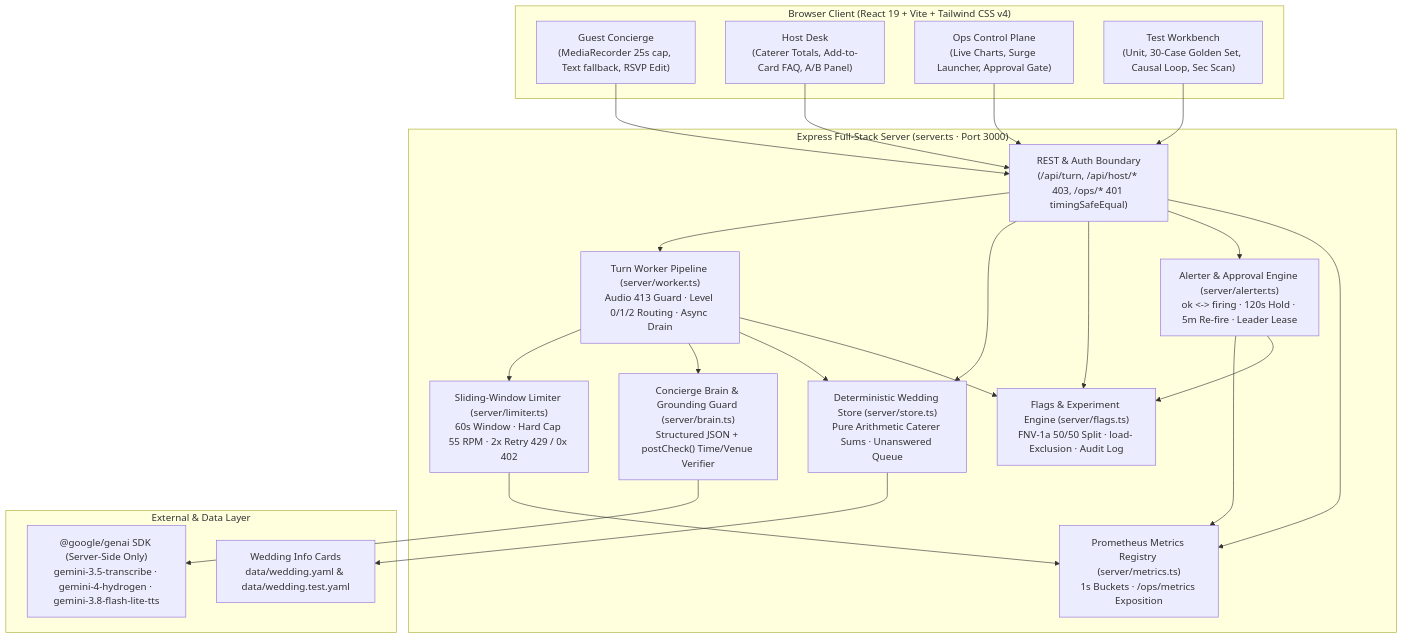
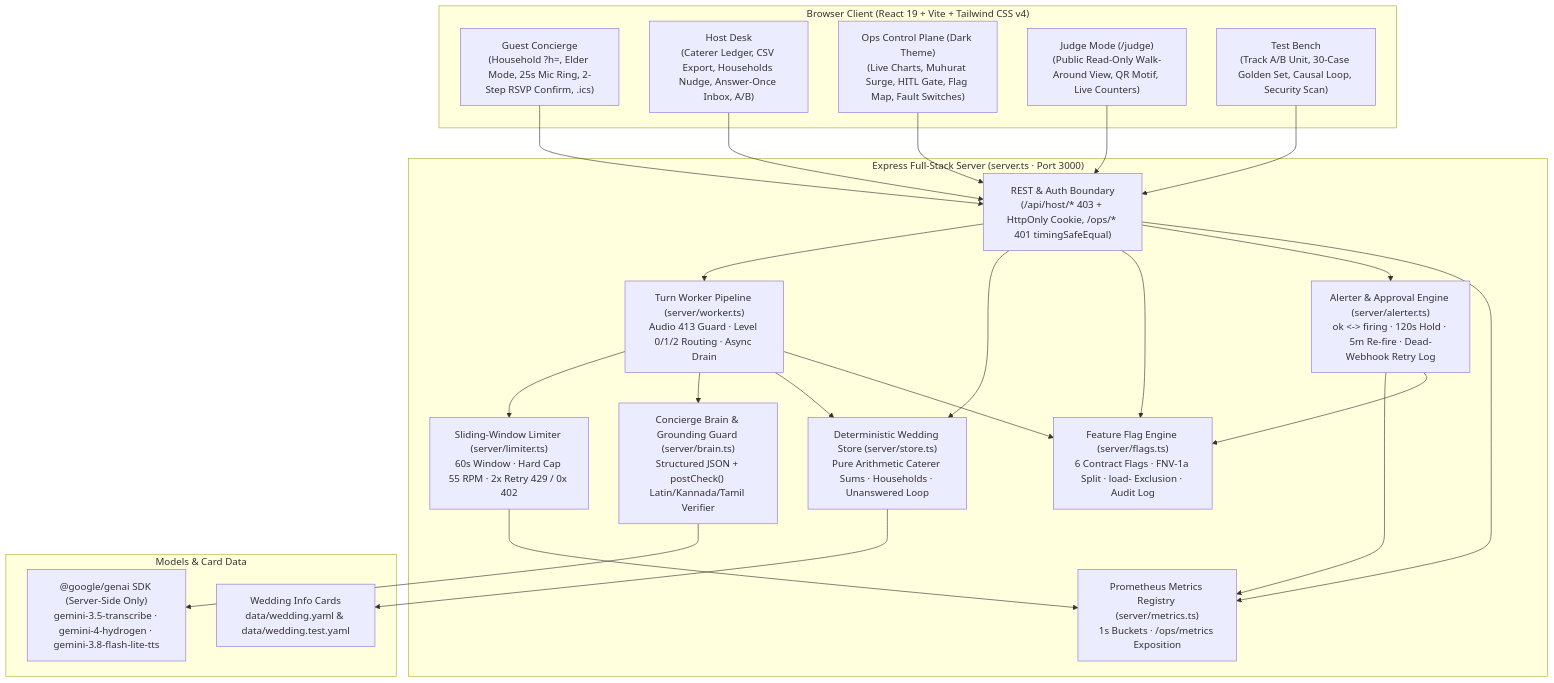
The first of 3 diagrams in README.md (Nagaraj1399/HaanJi), drawn with Mermaid before and after one commit. The commit also changed other lines of this file and 22 other files, not shown here.

First line of the commit message:
feat: add judge mode and localize app environment

````diff
--- a/README.md
+++ b/README.md
@@ -34,42 +36,34 @@
 ```mermaid
 flowchart TB
     subgraph Browser["Browser Client (React 19 + Vite + Tailwind CSS v4)"]
-        GC["Guest Concierge<br/>(MediaRecorder 25s cap, Text fallback, RSVP Edit)"]
-        HD["Host Desk<br/>(Caterer Totals, Add-to-Card FAQ, A/B Panel)"]
-        OC["Ops Control Plane<br/>(Live Charts, Surge Launcher, Approval Gate)"]
-        TW["Test Workbench<br/>(Unit, 30-Case Golden Set, Causal Loop, Sec Scan)"]
+        GC["Guest Concierge<br/>(Household ?h=, Elder Mode, 25s Mic Ring, 2-Step RSVP Confirm, .ics)"]
+        HD["Host Desk<br/>(Caterer Ledger, CSV Export, Households Nudge, Answer-Once Inbox, A/B)"]
+        OC["Ops Control Plane (Dark Theme)<br/>(Live Charts, Muhurat Surge, HITL Gate, Flag Map, Fault Switches)"]
+        JM["Judge Mode (/judge)<br/>(Public Read-Only Walk-Around View, QR Motif, Live Counters)"]
+        TW["Test Bench<br/>(Track A/B Unit, 30-Case Golden Set, Causal Loop, Security Scan)"]
     end
 
     subgraph Server["Express Full-Stack Server (server.ts · Port 3000)"]
-        API["REST & Auth Boundary<br/>(/api/turn, /api/host/* 403, /ops/* 401 timingSafeEqual)"]
+        API["REST & Auth Boundary<br/>(/api/host/* 403 + HttpOnly Cookie, /ops/* 401 timingSafeEqual)"]
         WRK["Turn Worker Pipeline (server/worker.ts)<br/>Audio 413 Guard · Level 0/1/2 Routing · Async Drain"]
-        BRN["Concierge Brain & Grounding Guard (server/brain.ts)<br/>Structured JSON + postCheck() Time/Venue Verifier"]
-        STR["Deterministic Wedding Store (server/store.ts)<br/>Pure Arithmetic Caterer Sums · Unanswered Queue"]
-        FLG["Flags & Experiment Engine (server/flags.ts)<br/>FNV-1a 50/50 Split · load- Exclusion · Audit Log"]
+        BRN["Concierge Brain & Grounding Guard (server/brain.ts)<br/>Structured JSON + postCheck() Latin/Kannada/Tamil Verifier"]
+        STR["Deterministic Wedding Store (server/store.ts)<br/>Pure Arithmetic Caterer Sums · Households · Unanswered Loop"]
+        FLG["Feature Flag Engine (server/flags.ts)<br/>6 Contract Flags · FNV-1a Split · load- Exclusion · Audit Log"]
         LIM["Sliding-Window Limiter (server/limiter.ts)<br/>60s Window · Hard Cap 55 RPM · 2x Retry 429 / 0x 402"]
-        ALR["Alerter & Approval Engine (server/alerter.ts)<br/>ok <-> firing · 120s Hold · 5m Re-fire · Leader Lease"]
+        ALR["Alerter & Approval Engine (server/alerter.ts)<br/>ok <-> firing · 120s Hold · 5m Re-fire · Dead-Webhook Retry Log"]
         MET["Prometheus Metrics Registry (server/metrics.ts)<br/>1s Buckets · /ops/metrics Exposition"]
     end
 
-    subgraph Upstream["External & Data Layer"]
+    subgraph External["Models & Card Data"]
         GAI["@google/genai SDK (Server-Side Only)<br/>gemini-3.5-transcribe · gemini-4-hydrogen · gemini-3.8-flash-lite-tts"]
         YML["Wedding Info Cards<br/>data/wedding.yaml & data/wedding.test.yaml"]
     end
 
-    GC & HD & OC & TW --> API
-    API --> WRK
-    API --> STR
-    API --> FLG
-    API --> ALR
-    API --> MET
-
-    WRK --> LIM
-    WRK --> BRN
-    WRK --> STR
-    WRK --> FLG
+    GC & HD & OC & JM & TW --> API
+    API --> WRK & STR & FLG & ALR & MET
+    WRK --> LIM & BRN & STR & FLG
     BRN --> GAI
     LIM --> MET
-    ALR --> MET
-    ALR --> FLG
+    ALR --> MET & FLG
     STR --> YML
 ```
````
